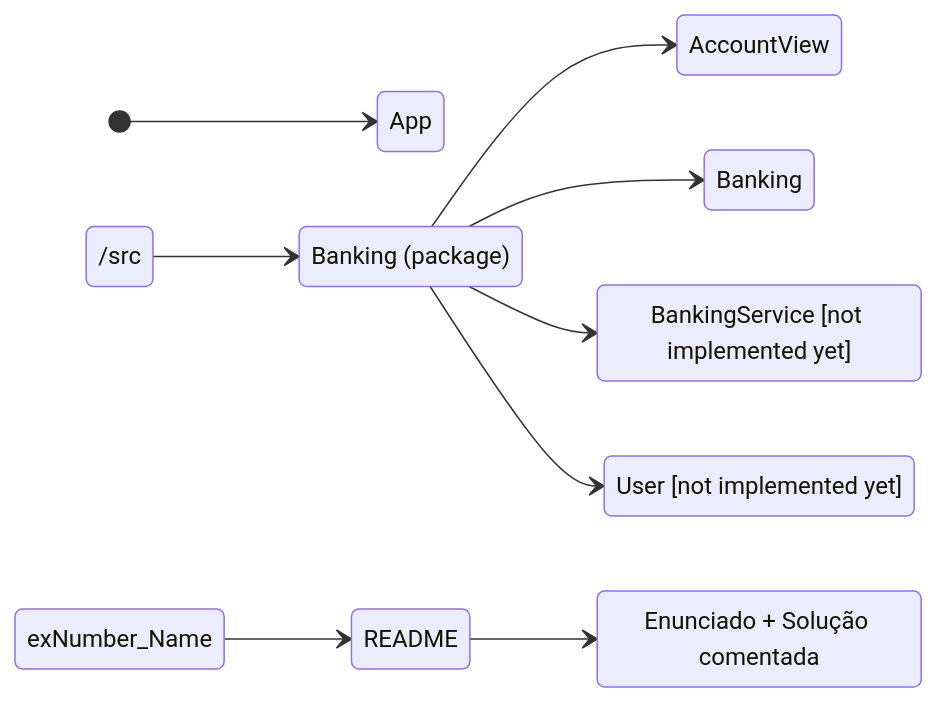
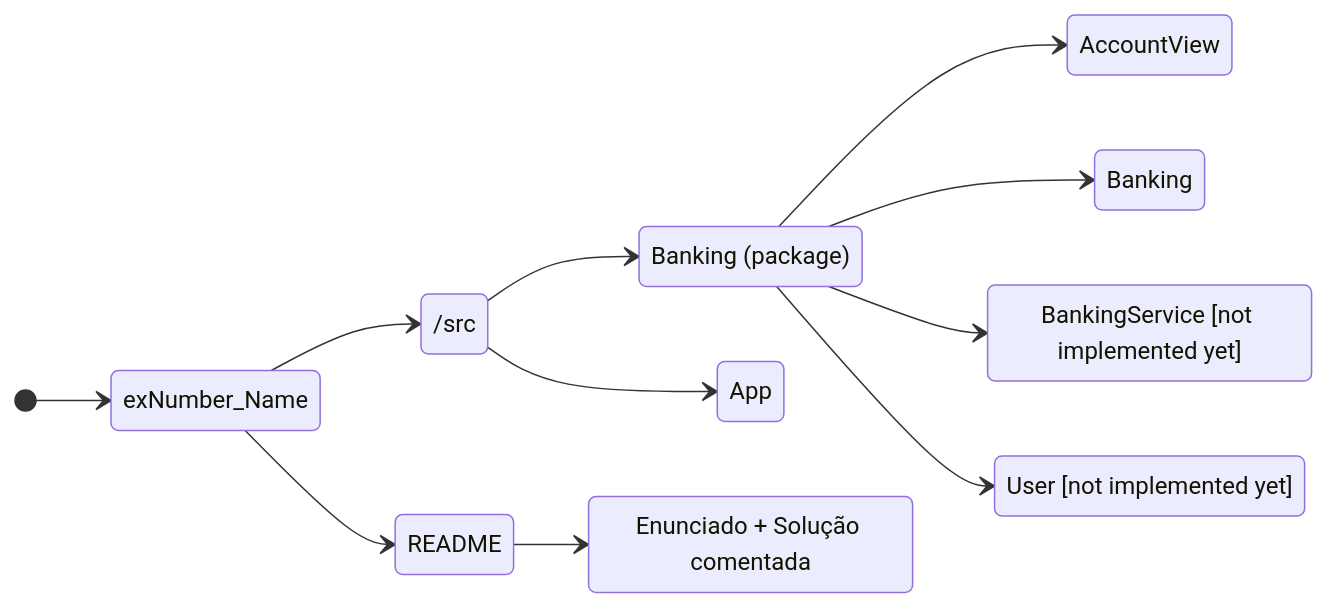
Before and after one commit to dyana-lira/formacao-java-dio-exercicios: the diagram in ex9-banking/README.md, drawn with Mermaid.

Commit message:
docs: (3) atualiza README ex9

````diff
--- a/ex9-banking/README.md
+++ b/ex9-banking/README.md
@@ -20,17 +20,19 @@
 ```mermaid
 stateDiagram
   direction LR
-  [*] --> App
+  [*] --> exNumber_Name 
+  exNumber_Name --> /src
+  exNumber_Name --> README 
   /src --> BankingDescription
+  /src --> App
   BankingDescription --> AccountView
   BankingDescription --> Banking
   BankingDescription --> BankingServiceNT
   BankingDescription --> UserNT
-  exNumber_Name --> README
-  README --> Descricao
+  README --> Descricao 
 
   Descricao:Enunciado + Solução comentada
   BankingDescription:Banking (package)
   BankingServiceNT:BankingService [not implemented yet]
   UserNT: User [not implemented yet]
 ```
````
